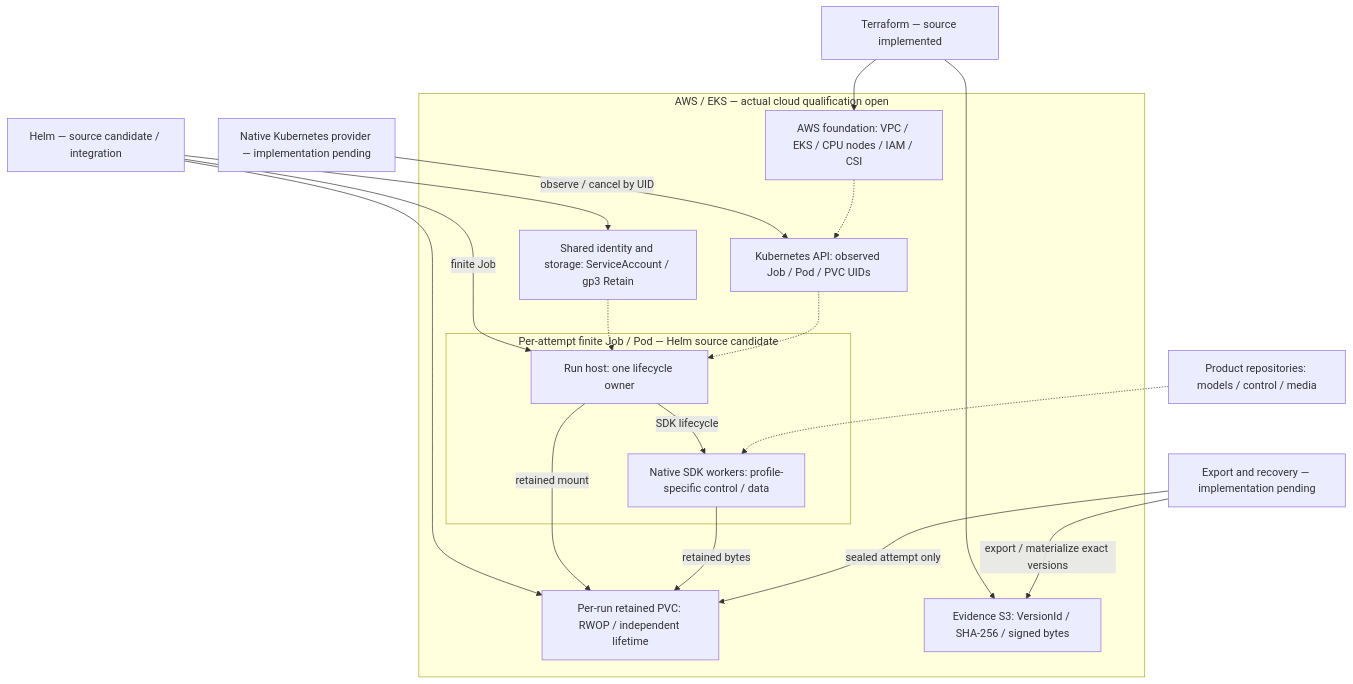
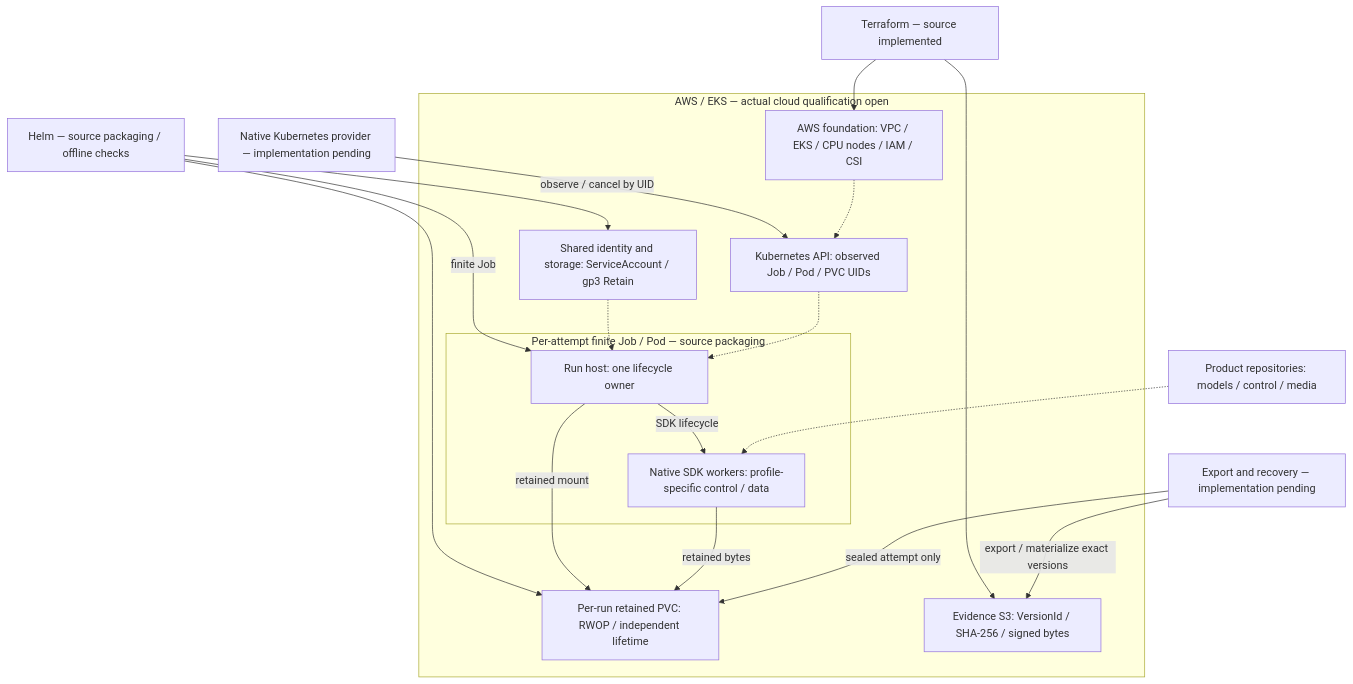
The second of 2 diagrams in docs/architecture.md (mmkolpakov/robotics-runtime-infra), drawn with Mermaid before and after one commit. The commit also changed other lines of this file and 1 other file, not shown here.

Commit message:
Clarify checked packaging and pending cluster execution

````diff
--- a/docs/architecture.md
+++ b/docs/architecture.md
@@ -110,37 +110,37 @@
 ```mermaid
 flowchart TB
     terraform["Terraform — source implemented"]
-    helm["Helm — source candidate / integration"]
+    helm["Helm — source packaging / offline checks"]
 
     subgraph cloud["AWS / EKS — actual cloud qualification open"]
         foundation["AWS foundation: VPC / EKS / CPU nodes / IAM / CSI"]
         shared["Shared identity and storage: ServiceAccount / gp3 Retain"]
         spool["Per-run retained PVC: RWOP / independent lifetime"]
-        subgraph attempt["Per-attempt finite Job / Pod — Helm source candidate"]
+        subgraph attempt["Per-attempt finite Job / Pod — source packaging"]
             host["Run host: one lifecycle owner"]
             workers["Native SDK workers: profile-specific control / data"]
         end
         api["Kubernetes API: observed Job / Pod / PVC UIDs"]
         evidence["Evidence S3: VersionId / SHA-256 / signed bytes"]
     end
 
     provider["Native Kubernetes provider — implementation pending"]
     recovery["Export and recovery — implementation pending"]
     product["Product repositories: models / control / media"]
 
     terraform --> foundation
     terraform --> evidence
     helm --> shared
     helm --> spool
     helm -->|finite Job| host
     shared -.-> host
     host -->|retained mount| spool
     host -->|SDK lifecycle| workers
     workers -->|retained bytes| spool
     provider -->|observe / cancel by UID| api
     foundation -.-> api
     api -.-> host
     recovery -->|sealed attempt only| spool
     recovery -->|export / materialize exact versions| evidence
     product -.-> workers
 ```
````
